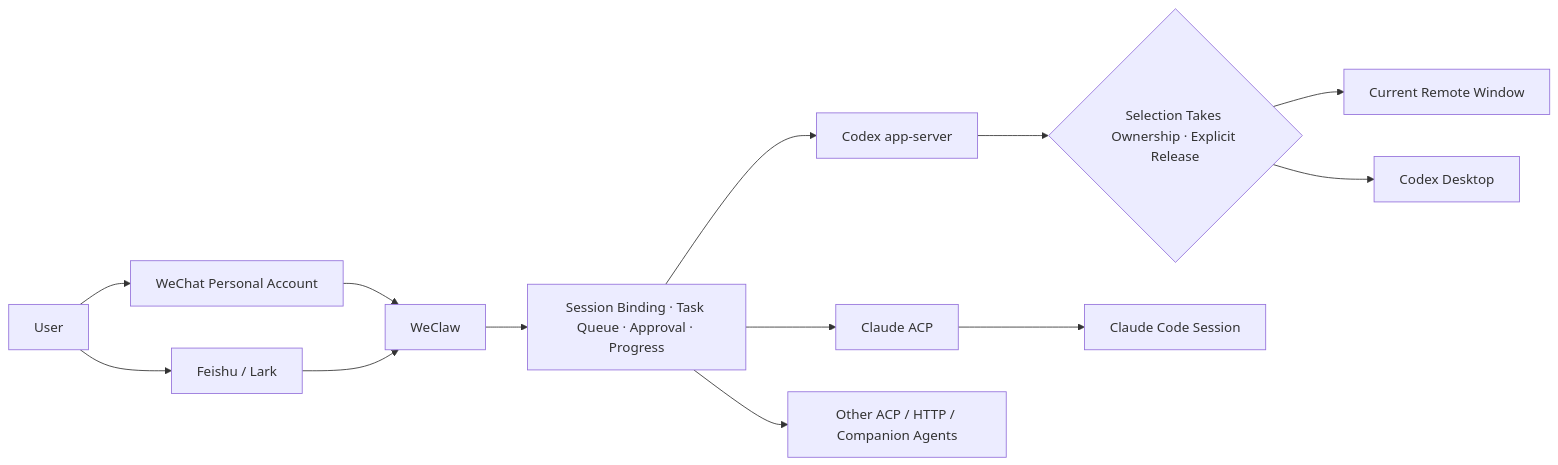
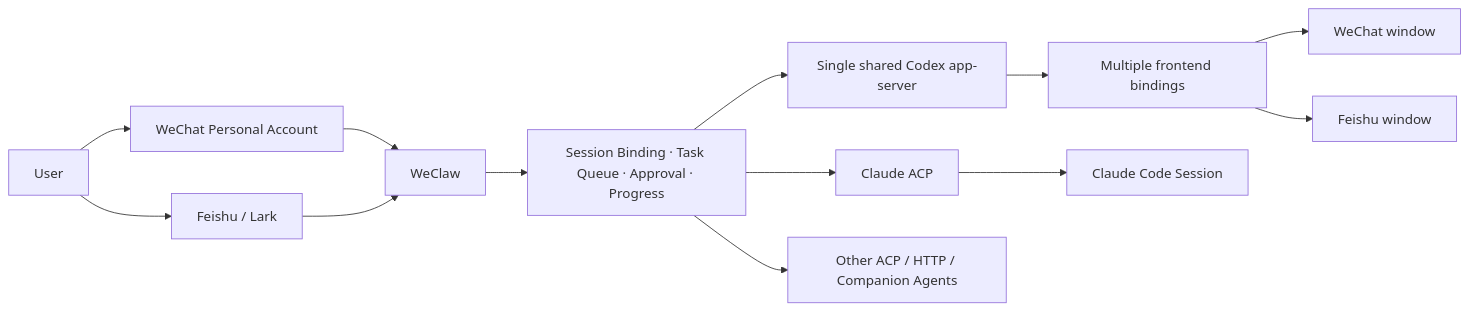
One commit to TingRuDeng/weclaw changed the diagram in README.md. Above: the diagram before and after it, drawn with Mermaid. The commit also changed other lines of this file and 132 other files, not shown here.

Commit message:
重构 Codex 为单一共享 app-server (#24)

````diff
--- a/README.md
+++ b/README.md
@@ -101,15 +102,15 @@
 ```mermaid
 flowchart LR
     User[User] --> WeChat[WeChat Personal Account]
     User --> Feishu[Feishu / Lark]
     WeChat --> Bridge[WeClaw]
     Feishu --> Bridge
     Bridge --> Core[Session Binding · Task Queue · Approval · Progress]
-    Core --> Codex[Codex app-server]
+    Core --> Codex[Single shared Codex app-server]
     Core --> Claude[Claude ACP]
     Core --> Other[Other ACP / HTTP / Companion Agents]
-    Codex --> Owner{Selection Takes Ownership · Explicit Release}
-    Owner --> Remote[Current Remote Window]
-    Owner --> Desktop[Codex Desktop]
+    Codex --> Bindings[Multiple frontend bindings]
+    Bindings --> WeChatClient[WeChat window]
+    Bindings --> FeishuClient[Feishu window]
     Claude --> Session[Claude Code Session]
 ```
````
